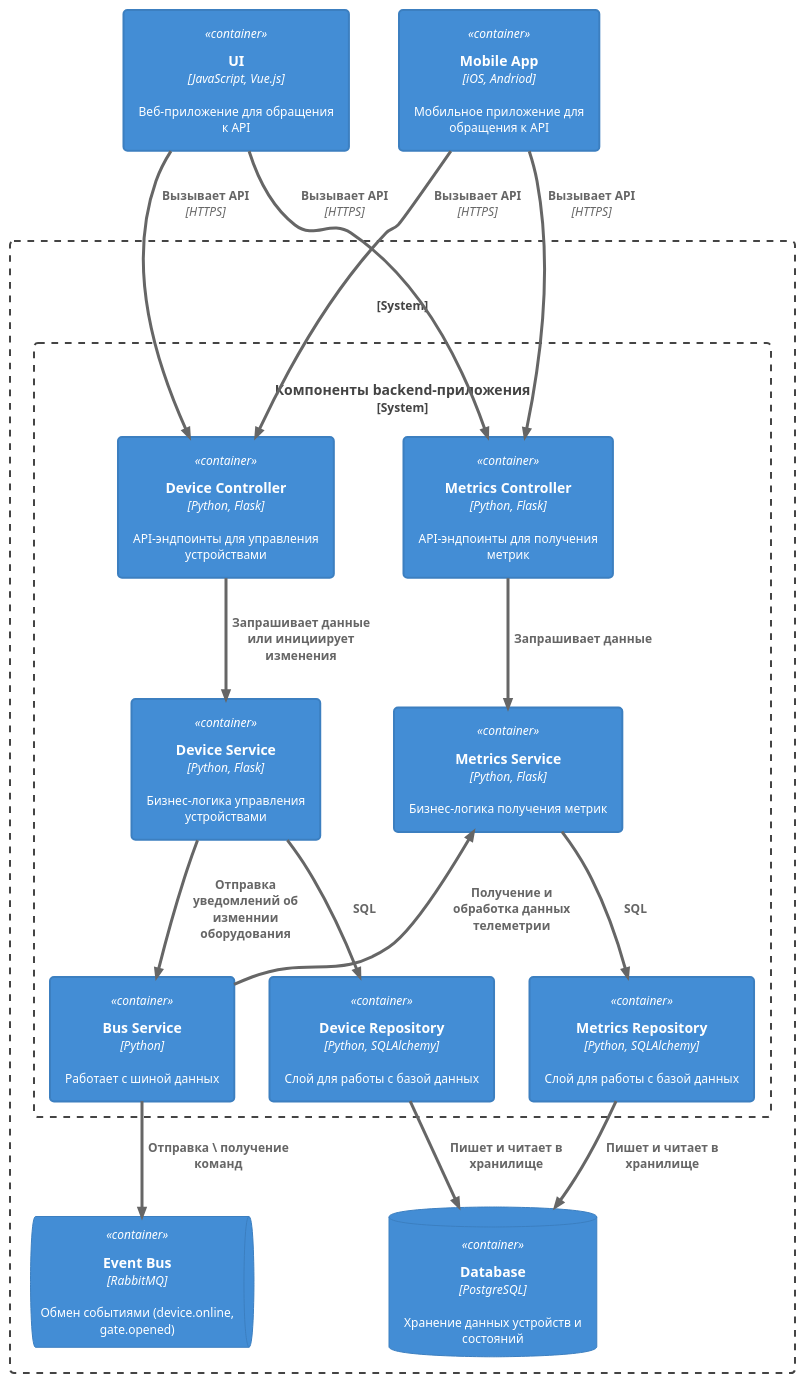
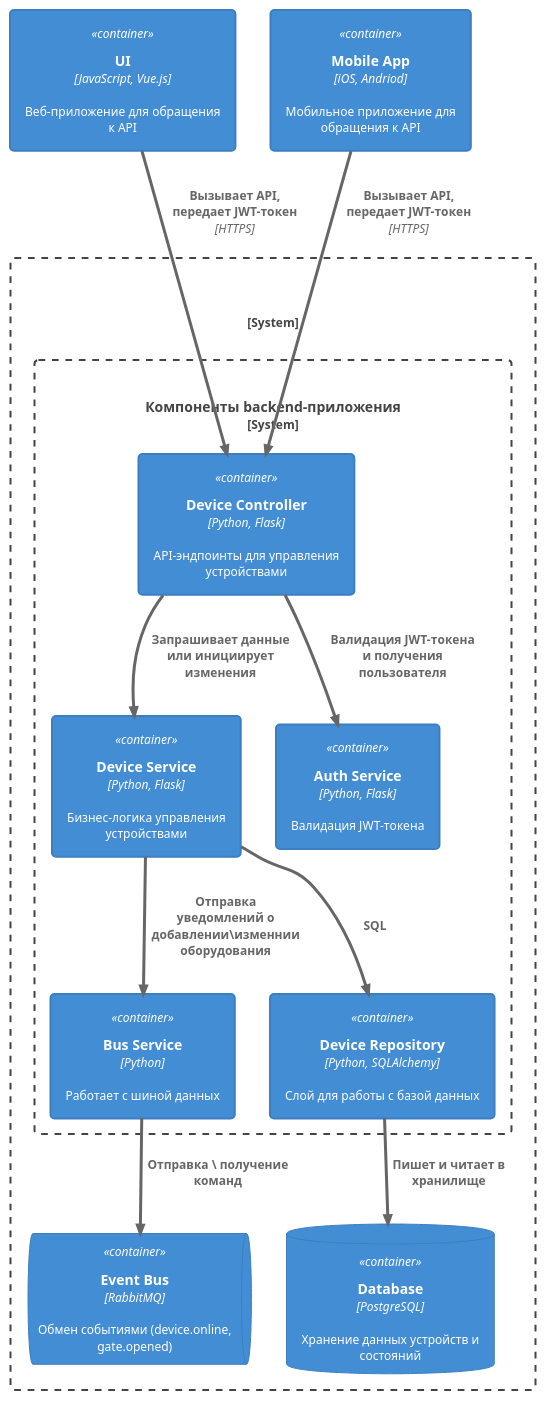
Before and after one commit to AlexDmitriev/architecture-pro-warmhouse: the diagram in diagrams/src/component/registry.wsd, drawn with PlantUML. The commit also changed 13 other files, not shown here.

```diff
--- a/diagrams/src/component/registry.wsd
+++ b/diagrams/src/component/registry.wsd
@@ -1,47 +1,35 @@
 @startuml
 !theme cerulean
 !include https://raw.githubusercontent.com/plantuml-stdlib/C4-PlantUML/master/C4_Container.puml
 
 Container(ui, "UI", "JavaScript, Vue.js", "Веб-приложение для обращения к API")
 Container(mobile, "Mobile App", "iOS, Andriod", "Мобильное приложение для обращения к API")
 
 System_Boundary(c0, "") {
 
   System_Boundary(c1, "Компоненты backend-приложения") {
     Container(deviceController, "Device Controller", "Python, Flask", "API-эндпоинты для управления устройствами")
-    Container(metricsController, "Metrics Controller", "Python, Flask", "API-эндпоинты для получения метрик")
-
     Container(deviceService, "Device Service", "Python, Flask", "Бизнес-логика управления устройствами")
-    Container(metricsSevice, "Metrics Service", "Python, Flask", "Бизнес-логика получения метрик")
-
+    Container(authService, "Auth Service", "Python, Flask", "Валидация JWT-токена")
     Container(bus, "Bus Service", "Python", "Работает с шиной данных")
-
     Container(deviceRepository, "Device Repository", "Python, SQLAlchemy", "Слой для работы с базой данных")
-    Container(metricsRepository, "Metrics Repository", "Python, SQLAlchemy", "Слой для работы с базой данных")
   }
   
   ContainerDb(database, "Database", "PostgreSQL", "Хранение данных устройств и состояний")
   ContainerQueue(eventBus, "Event Bus", "RabbitMQ", "Обмен событиями (device.online, gate.opened)")
 }
 
 
-Rel(ui, deviceController, "Вызывает API", "HTTPS")
-Rel(ui, metricsController, "Вызывает API", "HTTPS")
-Rel(mobile, deviceController, "Вызывает API", "HTTPS")
-Rel(mobile, metricsController, "Вызывает API", "HTTPS")
+Rel(ui, deviceController, "Вызывает API, передает JWT-токен", "HTTPS")
+Rel(mobile, deviceController, "Вызывает API, передает JWT-токен", "HTTPS")
+Rel(deviceController, authService, "Валидация JWT-токена и получения пользователя")
+Rel(deviceController, deviceService, "Запрашивает данные или инициирует изменения")
 
-Rel(deviceController, deviceService, "Запрашивает данные или инициирует изменения")
-Rel(metricsController, metricsSevice, "Запрашивает данные")
-
-Rel_D(deviceService, bus, "Отправка уведомлений об изменнии оборудования")
-Rel_U(bus, metricsSevice, "Получение и обработка данных телеметрии")
+Rel_D(deviceService, bus, "Отправка уведомлений о добавлении\изменнии оборудования")
 
 Rel(bus, eventBus, "Отправка \ получение команд")
 
 Rel(deviceService, deviceRepository, "SQL")
-Rel(metricsSevice, metricsRepository, "SQL")
 
 Rel_D(deviceRepository, database, "Пишет и читает в хранилище")
-Rel_D(metricsRepository, database, "Пишет и читает в хранилище")
-
 @enduml
```
